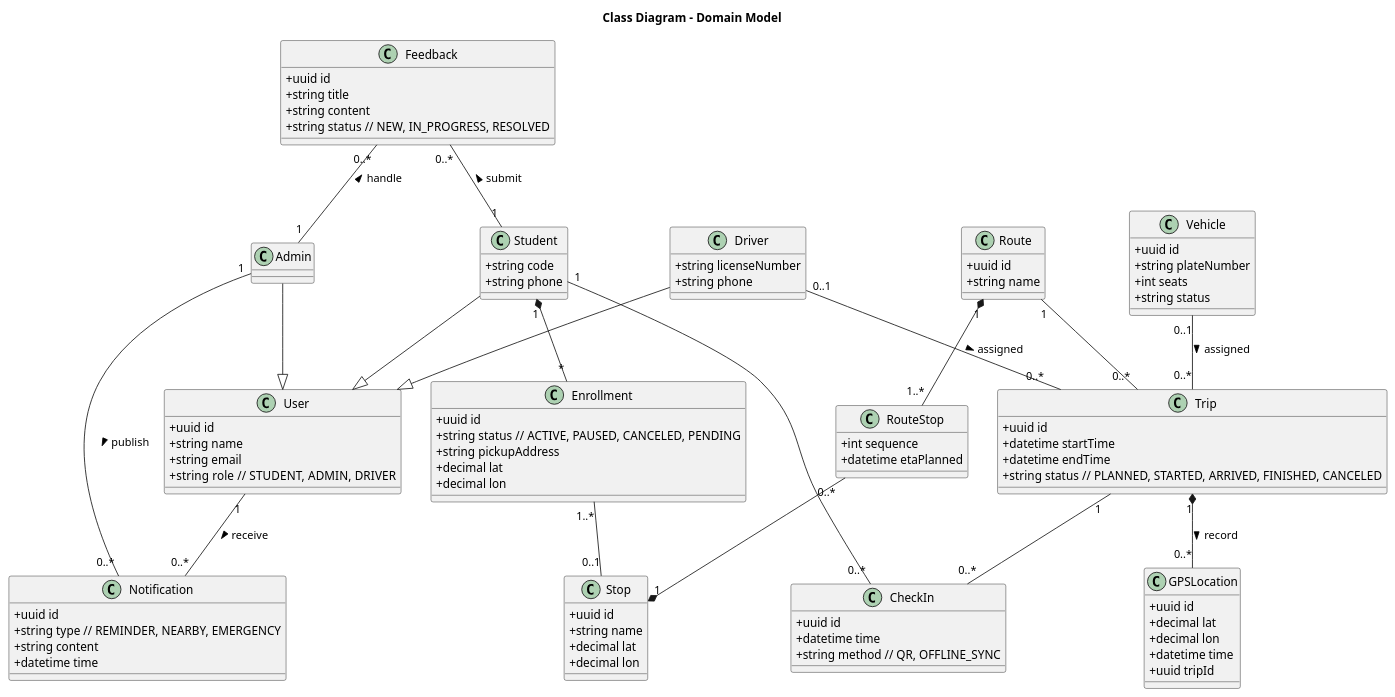
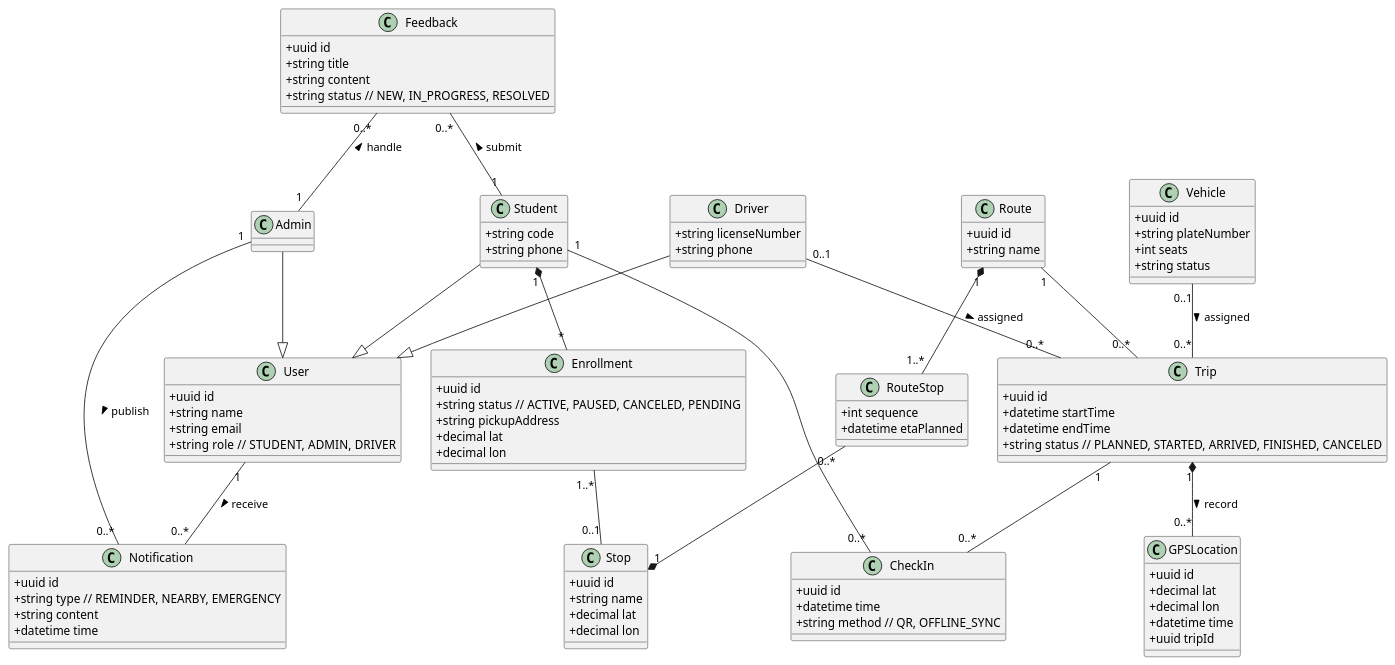
Before and after one commit to phuongbv00/hust-bus-stop: the diagram in docs/uml/class_domain_model.puml, drawn with PlantUML. The commit also changed 5 other files, not shown here.

Commit message:
docs: update diagrams

```diff
--- a/docs/uml/class_domain_model.puml
+++ b/docs/uml/class_domain_model.puml
@@ -1,114 +1,113 @@
 @startuml
-title Class Diagram - Domain Model
 skinparam classAttributeIconSize 0
 
 class User {
   +uuid id
   +string name
   +string email
   +string role  // STUDENT, ADMIN, DRIVER
 }
 
 class Student {
   +string code
   +string phone
 }
 
 class Driver {
   +string licenseNumber
   +string phone
 }
 
 class Vehicle {
   +uuid id
   +string plateNumber
   +int seats
   +string status
 }
 
 class Enrollment {
   +uuid id
   +string status // ACTIVE, PAUSED, CANCELED, PENDING
   +string pickupAddress
   +decimal lat
   +decimal lon
 }
 
 class Stop {
   +uuid id
   +string name
   +decimal lat
   +decimal lon
 }
 
 class Route {
   +uuid id
   +string name
 }
 
 class RouteStop {
   +int sequence
   +datetime etaPlanned
 }
 
 class Trip {
   +uuid id
   +datetime startTime
   +datetime endTime
   +string status // PLANNED, STARTED, ARRIVED, FINISHED, CANCELED
 }
 
 class CheckIn {
   +uuid id
   +datetime time
   +string method // QR, OFFLINE_SYNC
 }
 
 class GPSLocation {
   +uuid id
   +decimal lat
   +decimal lon
   +datetime time
   +uuid tripId
 }
 
 class Notification {
   +uuid id
   +string type // REMINDER, NEARBY, EMERGENCY
   +string content
   +datetime time
 }
 
 class Feedback {
   +uuid id
   +string title
   +string content
   +string status // NEW, IN_PROGRESS, RESOLVED
 }
 
 Student --|> User
 Admin --|> User
 Driver --|> User
 
 Student "1" *-- "*" Enrollment
 Enrollment "1..*" -- "0..1" Stop
 
 Route "1" *-- "1..*" RouteStop
 RouteStop "0..*" --* "1" Stop
 
 Route "1" -- "0..*" Trip
 Trip "1" *-- "0..*" GPSLocation: > record
 Trip "1" -- "0..*" CheckIn
 
 Driver "0..1" -- "0..*" Trip: > assigned
 Vehicle "0..1" -- "0..*" Trip: > assigned
 
 Student "1" -- "0..*" CheckIn
 User "1" -- "0..*" Notification: > receive
 
 Admin "1" -- "0..*" Notification: > publish
 
 Feedback "0..*" -- "1" Student: < submit
 Feedback "0..*" -- "1" Admin: < handle
 
 @enduml
```
